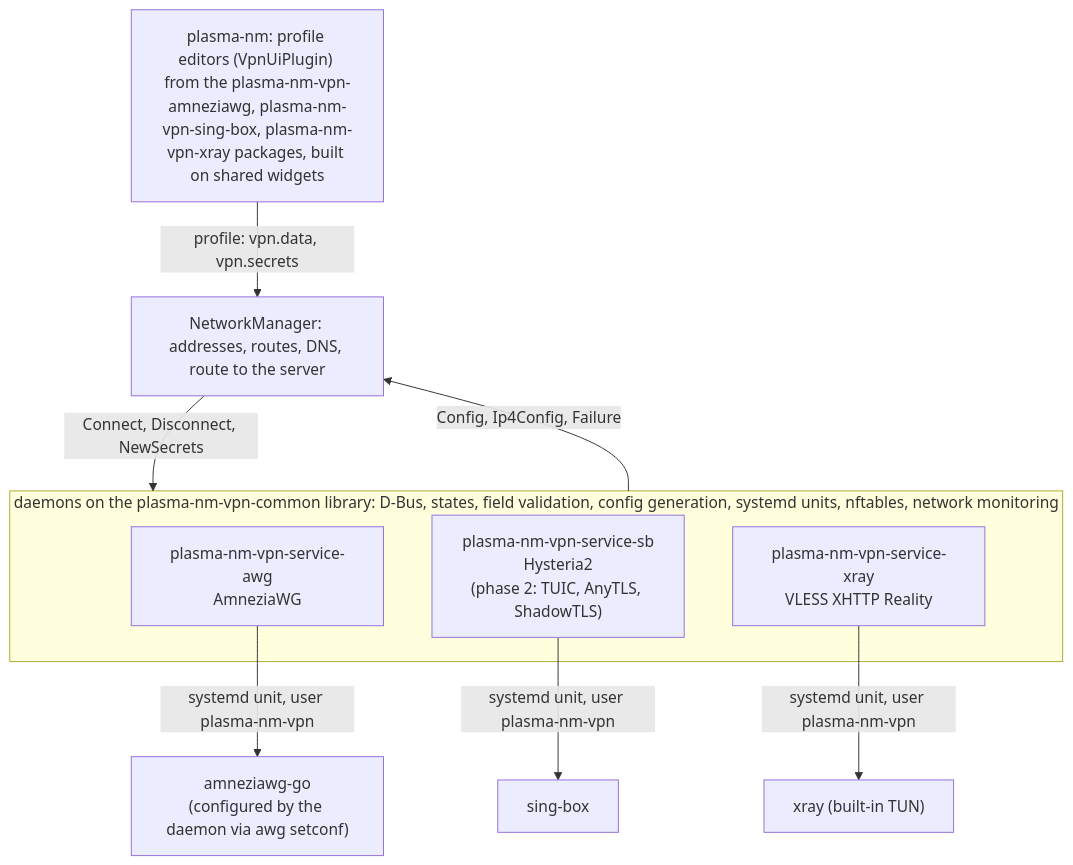
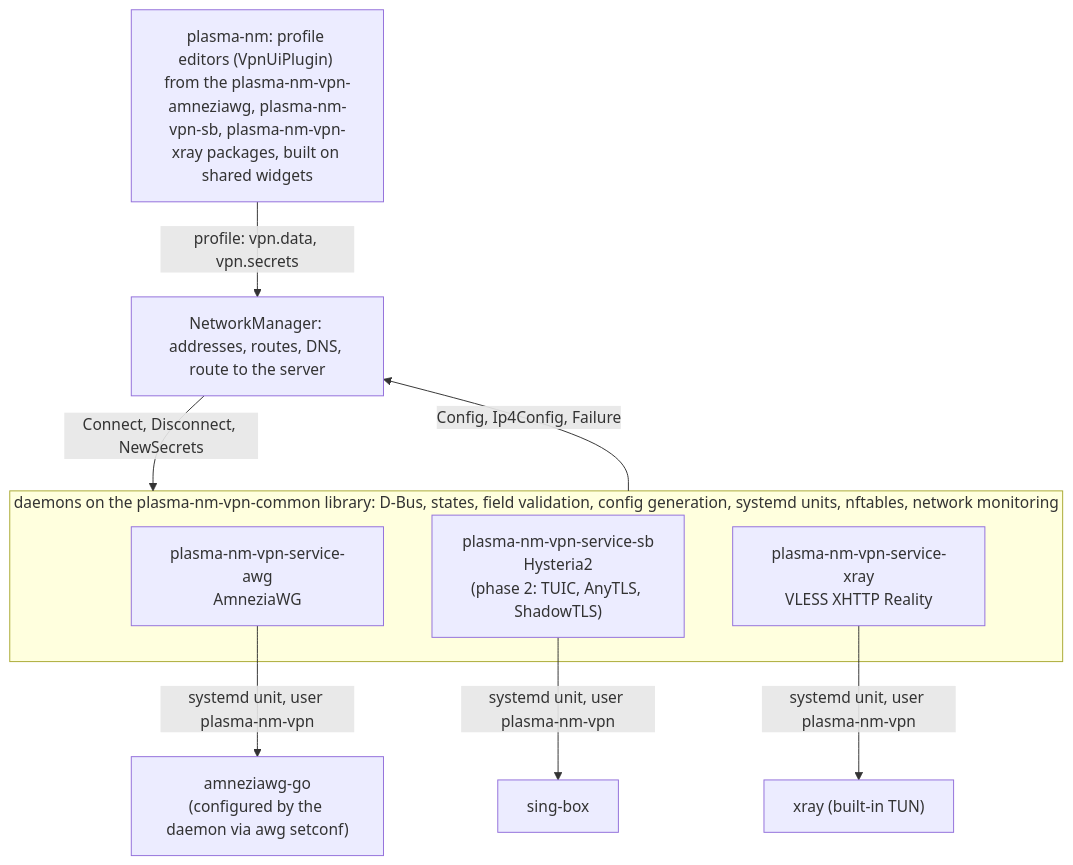
The diagram in docs/design.md (alldevic/plasma-nm-vpn), drawn with Mermaid before and after one commit. The commit also changed other lines of this file and 11 other files, not shown here.

Commit message:
Rename sing-box package to plasma-nm-vpn-sb

````diff
--- a/docs/design.md
+++ b/docs/design.md
@@ -55,16 +55,16 @@
 ```mermaid
 flowchart TB
-    UI["plasma-nm: profile editors (VpnUiPlugin) from the plasma-nm-vpn-amneziawg, plasma-nm-vpn-sing-box, plasma-nm-vpn-xray packages, built on shared widgets"]
+    UI["plasma-nm: profile editors (VpnUiPlugin) from the plasma-nm-vpn-amneziawg, plasma-nm-vpn-sb, plasma-nm-vpn-xray packages, built on shared widgets"]
     NM["NetworkManager: addresses, routes, DNS, route to the server"]
     subgraph common["daemons on the plasma-nm-vpn-common library: D-Bus, states, field validation, config generation, systemd units, nftables, network monitoring"]
         awg["plasma-nm-vpn-service-awg<br/>AmneziaWG"]
         sb["plasma-nm-vpn-service-sb<br/>Hysteria2<br/>(phase 2: TUIC, AnyTLS, ShadowTLS)"]
         xr["plasma-nm-vpn-service-xray<br/>VLESS XHTTP Reality"]
     end
     UI -- "profile: vpn.data, vpn.secrets" --> NM
     NM -- "Connect, Disconnect, NewSecrets" --> common
     common -- "Config, Ip4Config, Failure" --> NM
     awg -- "systemd unit, user plasma-nm-vpn" --> b1["amneziawg-go<br/>(configured by the daemon via awg setconf)"]
     sb -- "systemd unit, user plasma-nm-vpn" --> b2["sing-box"]
     xr -- "systemd unit, user plasma-nm-vpn" --> b3["xray (built-in TUN)"]
 ```
````
